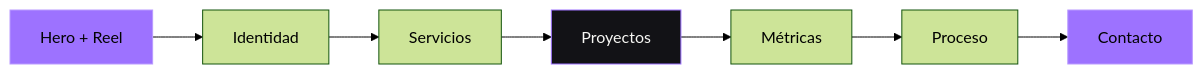
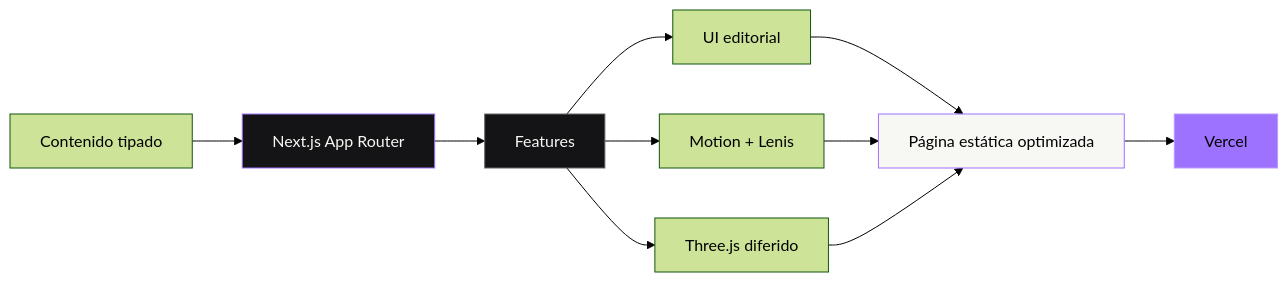
Before and after one commit to giamotion6-cpu/gia-motion-studio: the first of 2 diagrams in README.md, drawn with Mermaid (forest theme). The commit also changed other lines of this file and 21 other files, not shown here.

````diff
--- a/README.md
+++ b/README.md
@@ -52,13 +97,17 @@
 ```mermaid
 flowchart LR
-    A["Hero + Reel"] --> B["Identidad"]
-    B --> C["Servicios"]
-    C --> D["Proyectos"]
-    D --> E["Métricas"]
-    E --> F["Proceso"]
-    F --> G["Contacto"]
+    C["Contenido tipado"] --> A["Next.js App Router"]
+    A --> F["Features"]
+    F --> UI["UI editorial"]
+    F --> M["Motion + Lenis"]
+    F --> T["Three.js diferido"]
+    UI --> P["Página estática optimizada"]
+    M --> P
+    T --> P
+    P --> V["Vercel"]
 
-    style A fill:#9d72ff,stroke:#b99aff,color:#030303
-    style D fill:#121216,stroke:#9d72ff,color:#f7f7f4
-    style G fill:#9d72ff,stroke:#b99aff,color:#030303
+    style A fill:#141416,stroke:#9d72ff,color:#f7f7f4
+    style F fill:#141416,stroke:#666,color:#f7f7f4
+    style P fill:#f7f7f4,stroke:#9d72ff,color:#030303
+    style V fill:#9d72ff,stroke:#b99aff,color:#030303
 ```
````
